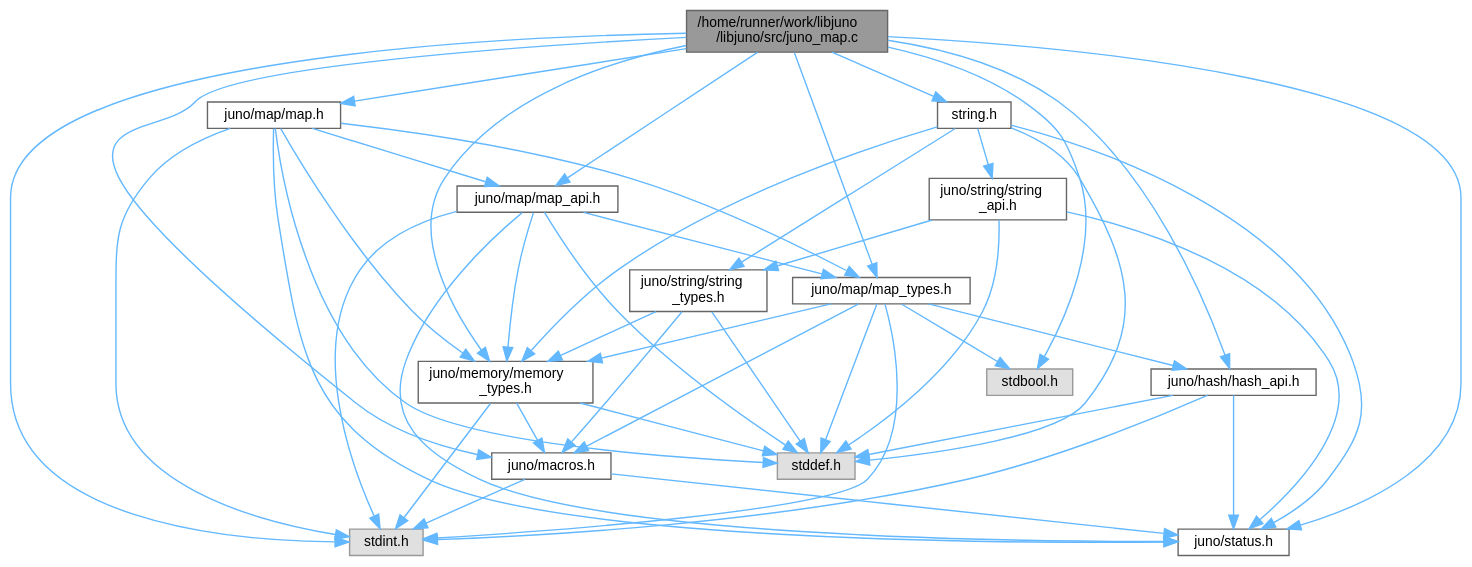
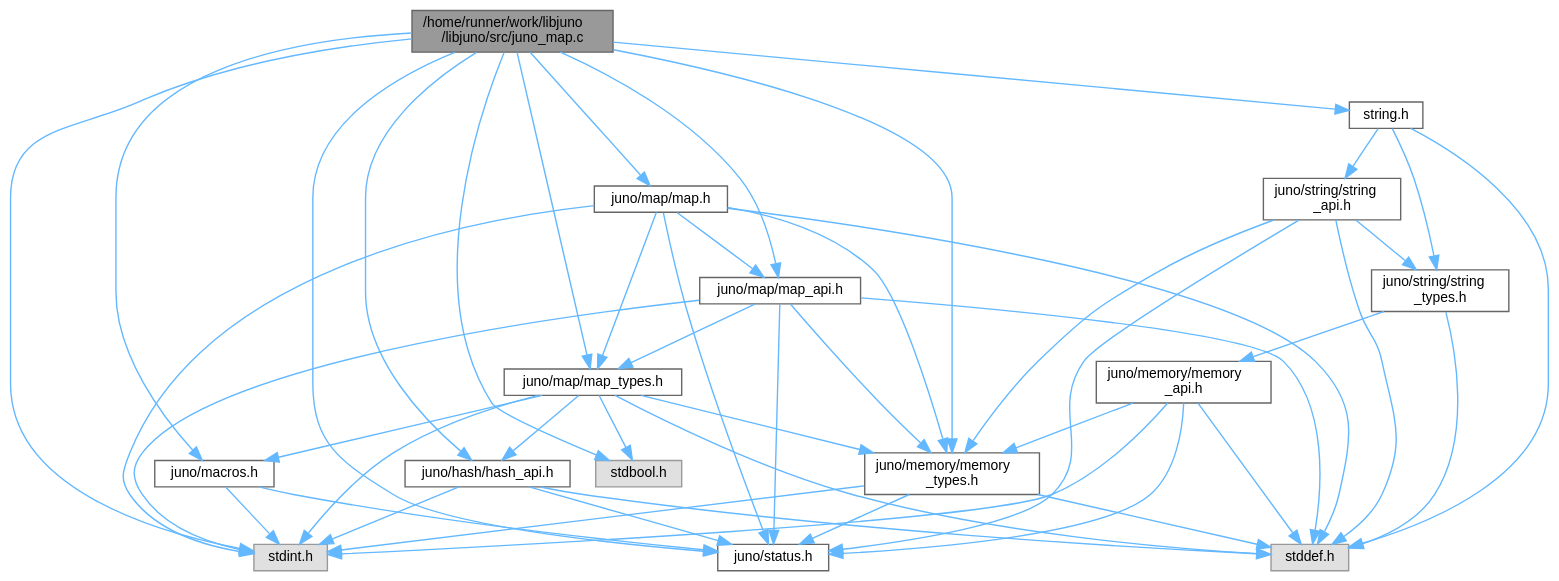
One commit to robinonsay/libjuno changed the diagram in juno__map_8c__incl.dot. Above: the diagram before and after it, drawn with Graphviz. The commit also changed 164 other files, not shown here.

```diff
--- a/juno__map_8c__incl.dot
+++ b/juno__map_8c__incl.dot
@@ -1,67 +1,70 @@
 digraph "/home/runner/work/libjuno/libjuno/src/juno_map.c"
 {
  // LATEX_PDF_SIZE
   bgcolor="transparent";
   edge [fontname=Helvetica,fontsize=10,labelfontname=Helvetica,labelfontsize=10];
   node [fontname=Helvetica,fontsize=10,shape=box,height=0.2,width=0.4];
   Node1 [id="Node000001",label="/home/runner/work/libjuno\l/libjuno/src/juno_map.c",height=0.2,width=0.4,color="gray40", fillcolor="grey60", style="filled", fontcolor="black",tooltip=" "];
   Node1 -> Node2 [id="edge1_Node000001_Node000002",color="steelblue1",style="solid",tooltip=" "];
   Node2 [id="Node000002",label="juno/hash/hash_api.h",height=0.2,width=0.4,color="grey40", fillcolor="white", style="filled",URL="$hash__api_8h.html",tooltip=" "];
   Node2 -> Node3 [id="edge2_Node000002_Node000003",color="steelblue1",style="solid",tooltip=" "];
   Node3 [id="Node000003",label="stddef.h",height=0.2,width=0.4,color="grey60", fillcolor="#E0E0E0", style="filled",tooltip=" "];
   Node2 -> Node4 [id="edge3_Node000002_Node000004",color="steelblue1",style="solid",tooltip=" "];
   Node4 [id="Node000004",label="stdint.h",height=0.2,width=0.4,color="grey60", fillcolor="#E0E0E0", style="filled",tooltip=" "];
   Node2 -> Node5 [id="edge4_Node000002_Node000005",color="steelblue1",style="solid",tooltip=" "];
   Node5 [id="Node000005",label="juno/status.h",height=0.2,width=0.4,color="grey40", fillcolor="white", style="filled",URL="$status_8h.html",tooltip=" "];
   Node1 -> Node6 [id="edge5_Node000001_Node000006",color="steelblue1",style="solid",tooltip=" "];
   Node6 [id="Node000006",label="juno/macros.h",height=0.2,width=0.4,color="grey40", fillcolor="white", style="filled",URL="$macros_8h.html",tooltip=" "];
   Node6 -> Node5 [id="edge6_Node000006_Node000005",color="steelblue1",style="solid",tooltip=" "];
   Node6 -> Node4 [id="edge7_Node000006_Node000004",color="steelblue1",style="solid",tooltip=" "];
   Node1 -> Node7 [id="edge8_Node000001_Node000007",color="steelblue1",style="solid",tooltip=" "];
   Node7 [id="Node000007",label="juno/map/map.h",height=0.2,width=0.4,color="grey40", fillcolor="white", style="filled",URL="$map_8h.html",tooltip=" "];
   Node7 -> Node8 [id="edge9_Node000007_Node000008",color="steelblue1",style="solid",tooltip=" "];
   Node8 [id="Node000008",label="juno/map/map_api.h",height=0.2,width=0.4,color="grey40", fillcolor="white", style="filled",URL="$map__api_8h.html",tooltip=" "];
   Node8 -> Node9 [id="edge10_Node000008_Node000009",color="steelblue1",style="solid",tooltip=" "];
   Node9 [id="Node000009",label="juno/memory/memory\l_types.h",height=0.2,width=0.4,color="grey40", fillcolor="white", style="filled",URL="$memory__types_8h.html",tooltip=" "];
-  Node9 -> Node6 [id="edge11_Node000009_Node000006",color="steelblue1",style="solid",tooltip=" "];
-  Node9 -> Node3 [id="edge12_Node000009_Node000003",color="steelblue1",style="solid",tooltip=" "];
-  Node9 -> Node4 [id="edge13_Node000009_Node000004",color="steelblue1",style="solid",tooltip=" "];
+  Node9 -> Node3 [id="edge11_Node000009_Node000003",color="steelblue1",style="solid",tooltip=" "];
+  Node9 -> Node4 [id="edge12_Node000009_Node000004",color="steelblue1",style="solid",tooltip=" "];
+  Node9 -> Node5 [id="edge13_Node000009_Node000005",color="steelblue1",style="solid",tooltip=" "];
   Node8 -> Node5 [id="edge14_Node000008_Node000005",color="steelblue1",style="solid",tooltip=" "];
   Node8 -> Node3 [id="edge15_Node000008_Node000003",color="steelblue1",style="solid",tooltip=" "];
   Node8 -> Node4 [id="edge16_Node000008_Node000004",color="steelblue1",style="solid",tooltip=" "];
   Node8 -> Node10 [id="edge17_Node000008_Node000010",color="steelblue1",style="solid",tooltip=" "];
   Node10 [id="Node000010",label="juno/map/map_types.h",height=0.2,width=0.4,color="grey40", fillcolor="white", style="filled",URL="$map__types_8h.html",tooltip=" "];
   Node10 -> Node2 [id="edge18_Node000010_Node000002",color="steelblue1",style="solid",tooltip=" "];
   Node10 -> Node6 [id="edge19_Node000010_Node000006",color="steelblue1",style="solid",tooltip=" "];
   Node10 -> Node9 [id="edge20_Node000010_Node000009",color="steelblue1",style="solid",tooltip=" "];
   Node10 -> Node3 [id="edge21_Node000010_Node000003",color="steelblue1",style="solid",tooltip=" "];
   Node10 -> Node4 [id="edge22_Node000010_Node000004",color="steelblue1",style="solid",tooltip=" "];
   Node10 -> Node11 [id="edge23_Node000010_Node000011",color="steelblue1",style="solid",tooltip=" "];
   Node11 [id="Node000011",label="stdbool.h",height=0.2,width=0.4,color="grey60", fillcolor="#E0E0E0", style="filled",tooltip=" "];
   Node7 -> Node10 [id="edge24_Node000007_Node000010",color="steelblue1",style="solid",tooltip=" "];
   Node7 -> Node9 [id="edge25_Node000007_Node000009",color="steelblue1",style="solid",tooltip=" "];
   Node7 -> Node5 [id="edge26_Node000007_Node000005",color="steelblue1",style="solid",tooltip=" "];
   Node7 -> Node3 [id="edge27_Node000007_Node000003",color="steelblue1",style="solid",tooltip=" "];
   Node7 -> Node4 [id="edge28_Node000007_Node000004",color="steelblue1",style="solid",tooltip=" "];
   Node1 -> Node8 [id="edge29_Node000001_Node000008",color="steelblue1",style="solid",tooltip=" "];
   Node1 -> Node10 [id="edge30_Node000001_Node000010",color="steelblue1",style="solid",tooltip=" "];
   Node1 -> Node9 [id="edge31_Node000001_Node000009",color="steelblue1",style="solid",tooltip=" "];
   Node1 -> Node5 [id="edge32_Node000001_Node000005",color="steelblue1",style="solid",tooltip=" "];
   Node1 -> Node11 [id="edge33_Node000001_Node000011",color="steelblue1",style="solid",tooltip=" "];
   Node1 -> Node4 [id="edge34_Node000001_Node000004",color="steelblue1",style="solid",tooltip=" "];
   Node1 -> Node12 [id="edge35_Node000001_Node000012",color="steelblue1",style="solid",tooltip=" "];
   Node12 [id="Node000012",label="string.h",height=0.2,width=0.4,color="grey40", fillcolor="white", style="filled",URL="$string_8h.html",tooltip=" "];
-  Node12 -> Node9 [id="edge36_Node000012_Node000009",color="steelblue1",style="solid",tooltip=" "];
-  Node12 -> Node5 [id="edge37_Node000012_Node000005",color="steelblue1",style="solid",tooltip=" "];
-  Node12 -> Node13 [id="edge38_Node000012_Node000013",color="steelblue1",style="solid",tooltip=" "];
+  Node12 -> Node13 [id="edge36_Node000012_Node000013",color="steelblue1",style="solid",tooltip=" "];
   Node13 [id="Node000013",label="juno/string/string\l_api.h",height=0.2,width=0.4,color="grey40", fillcolor="white", style="filled",URL="$string__api_8h.html",tooltip=" "];
-  Node13 -> Node5 [id="edge39_Node000013_Node000005",color="steelblue1",style="solid",tooltip=" "];
-  Node13 -> Node3 [id="edge40_Node000013_Node000003",color="steelblue1",style="solid",tooltip=" "];
-  Node13 -> Node14 [id="edge41_Node000013_Node000014",color="steelblue1",style="solid",tooltip=" "];
+  Node13 -> Node9 [id="edge37_Node000013_Node000009",color="steelblue1",style="solid",tooltip=" "];
+  Node13 -> Node5 [id="edge38_Node000013_Node000005",color="steelblue1",style="solid",tooltip=" "];
+  Node13 -> Node14 [id="edge39_Node000013_Node000014",color="steelblue1",style="solid",tooltip=" "];
   Node14 [id="Node000014",label="juno/string/string\l_types.h",height=0.2,width=0.4,color="grey40", fillcolor="white", style="filled",URL="$string__types_8h.html",tooltip=" "];
-  Node14 -> Node6 [id="edge42_Node000014_Node000006",color="steelblue1",style="solid",tooltip=" "];
-  Node14 -> Node9 [id="edge43_Node000014_Node000009",color="steelblue1",style="solid",tooltip=" "];
-  Node14 -> Node3 [id="edge44_Node000014_Node000003",color="steelblue1",style="solid",tooltip=" "];
-  Node12 -> Node3 [id="edge45_Node000012_Node000003",color="steelblue1",style="solid",tooltip=" "];
-  Node12 -> Node14 [id="edge46_Node000012_Node000014",color="steelblue1",style="solid",tooltip=" "];
+  Node14 -> Node15 [id="edge40_Node000014_Node000015",color="steelblue1",style="solid",tooltip=" "];
+  Node15 [id="Node000015",label="juno/memory/memory\l_api.h",height=0.2,width=0.4,color="grey40", fillcolor="white", style="filled",URL="$memory__api_8h.html",tooltip=" "];
+  Node15 -> Node5 [id="edge41_Node000015_Node000005",color="steelblue1",style="solid",tooltip=" "];
+  Node15 -> Node3 [id="edge42_Node000015_Node000003",color="steelblue1",style="solid",tooltip=" "];
+  Node15 -> Node4 [id="edge43_Node000015_Node000004",color="steelblue1",style="solid",tooltip=" "];
+  Node15 -> Node9 [id="edge44_Node000015_Node000009",color="steelblue1",style="solid",tooltip=" "];
+  Node14 -> Node3 [id="edge45_Node000014_Node000003",color="steelblue1",style="solid",tooltip=" "];
+  Node13 -> Node3 [id="edge46_Node000013_Node000003",color="steelblue1",style="solid",tooltip=" "];
+  Node12 -> Node14 [id="edge47_Node000012_Node000014",color="steelblue1",style="solid",tooltip=" "];
+  Node12 -> Node3 [id="edge48_Node000012_Node000003",color="steelblue1",style="solid",tooltip=" "];
 }
```
